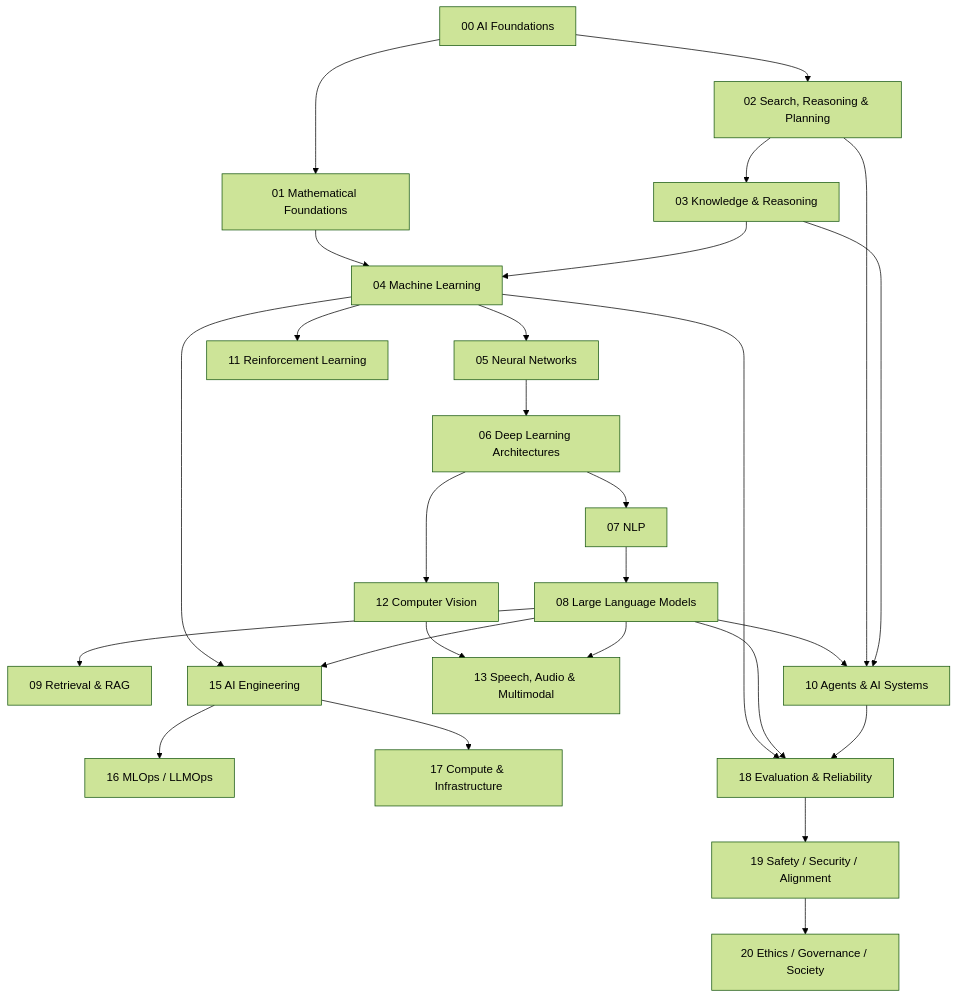
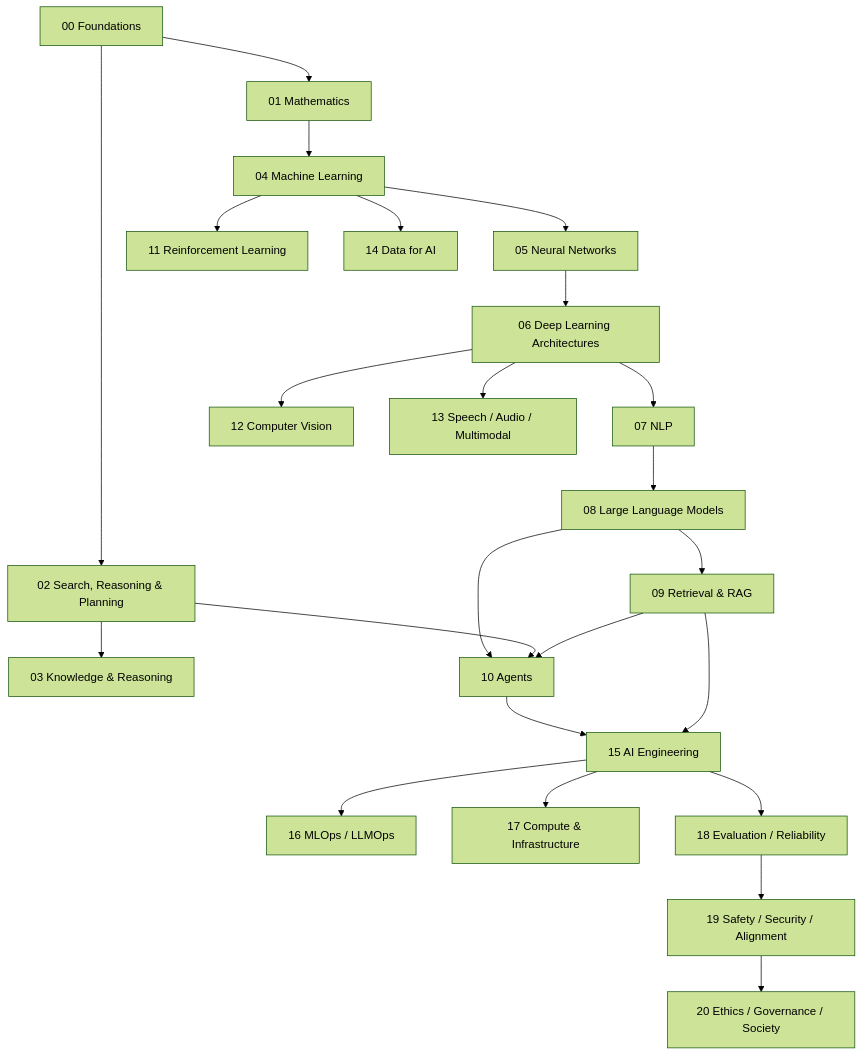
Before and after one commit to hunggtham/learning-docs: the diagram in computer_science/02_artificial_intelligence/README.md, drawn with Mermaid (forest theme). The commit also changed other lines of this file and 17 other files, not shown here.

````diff
--- a/computer_science/02_artificial_intelligence/README.md
+++ b/computer_science/02_artificial_intelligence/README.md
@@ -11,29 +9,26 @@
 ```mermaid
 flowchart TD
-    F[00 AI Foundations] --> M[01 Mathematical Foundations]
+    F[00 Foundations] --> M[01 Mathematics]
     F --> S[02 Search, Reasoning & Planning]
     S --> K[03 Knowledge & Reasoning]
     M --> ML[04 Machine Learning]
-    K --> ML
     ML --> NN[05 Neural Networks]
     NN --> DL[06 Deep Learning Architectures]
     DL --> NLP[07 NLP]
-    DL --> CV[12 Computer Vision]
     NLP --> LLM[08 Large Language Models]
     LLM --> RAG[09 Retrieval & RAG]
-    LLM --> AG[10 Agents & AI Systems]
+    LLM --> AG[10 Agents]
     S --> AG
-    K --> AG
+    RAG --> AG
     ML --> RL[11 Reinforcement Learning]
-    CV --> MM[13 Speech, Audio & Multimodal]
-    LLM --> MM
-    ML --> ENG[15 AI Engineering]
-    LLM --> ENG
+    DL --> CV[12 Computer Vision]
+    DL --> MM[13 Speech / Audio / Multimodal]
+    ML --> DATA[14 Data for AI]
+    AG --> ENG[15 AI Engineering]
+    RAG --> ENG
     ENG --> OPS[16 MLOps / LLMOps]
     ENG --> INFRA[17 Compute & Infrastructure]
-    ML --> EVAL[18 Evaluation & Reliability]
-    LLM --> EVAL
-    AG --> EVAL
+    ENG --> EVAL[18 Evaluation / Reliability]
     EVAL --> SAFE[19 Safety / Security / Alignment]
     SAFE --> GOV[20 Ethics / Governance / Society]
 ```
````
